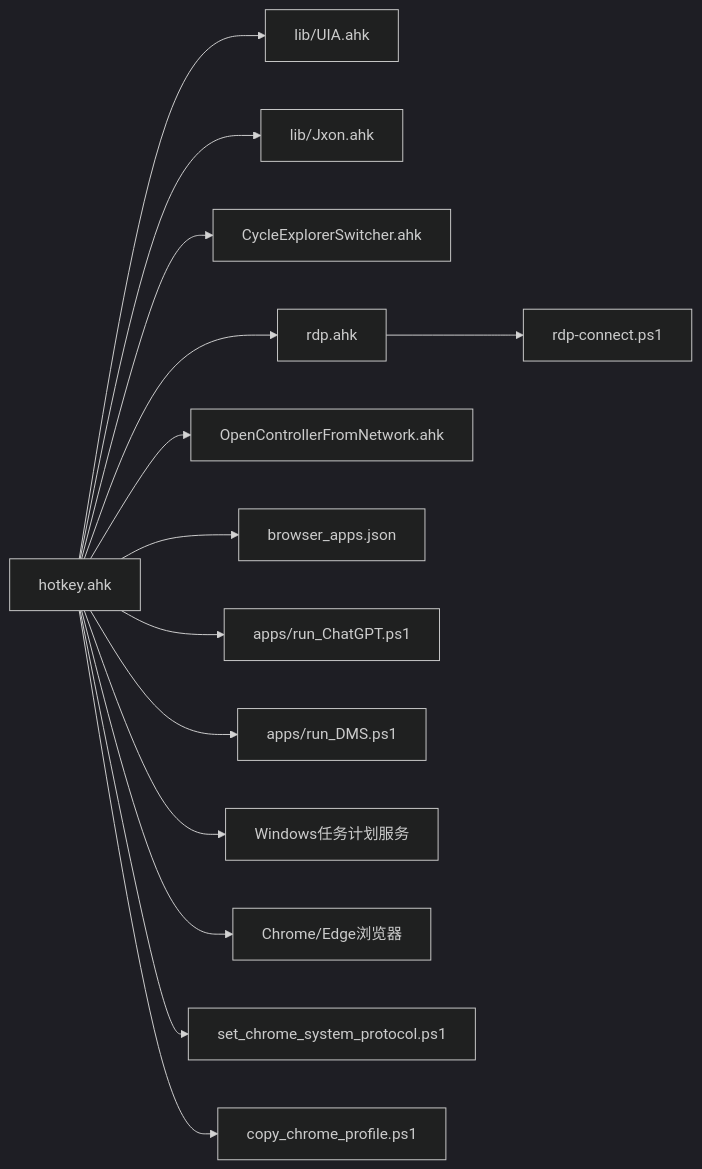
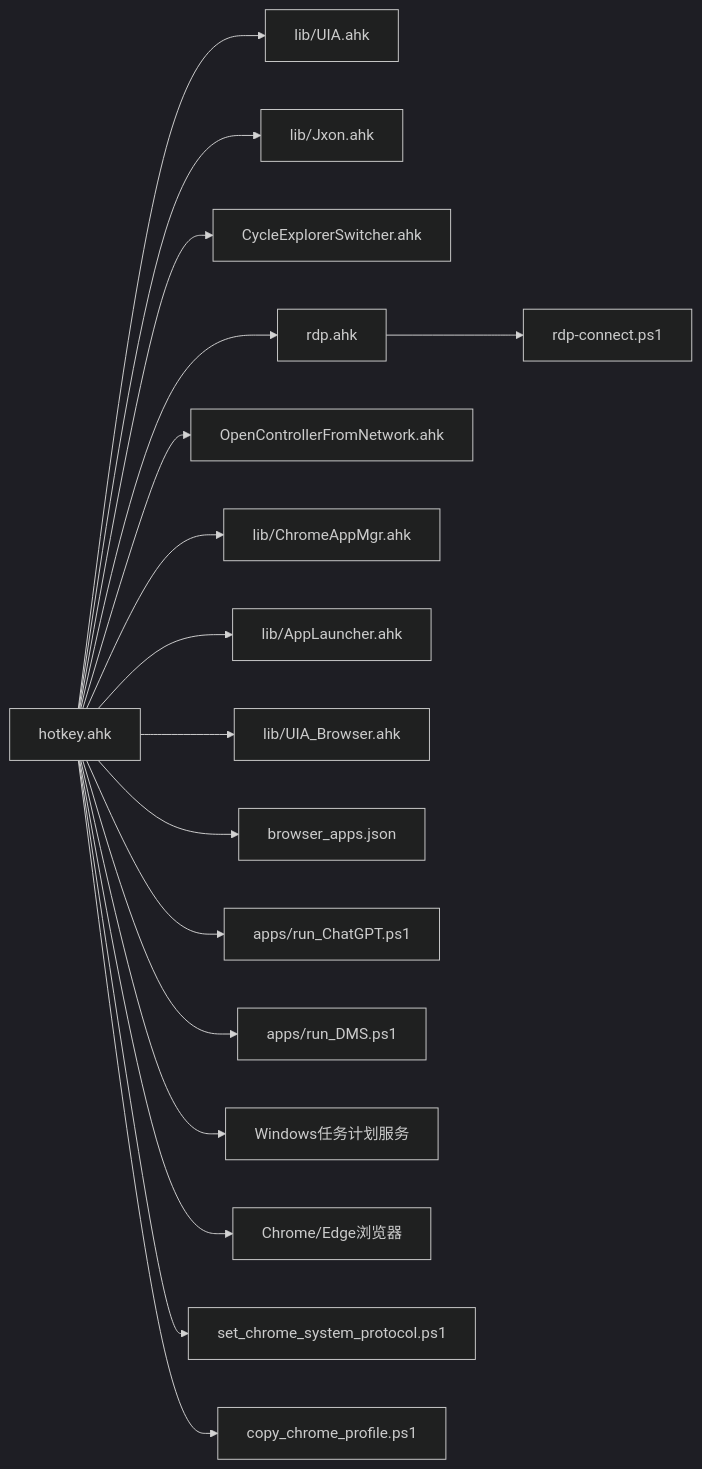
Before and after one commit to wangys-123doit/hotkey: the tenth of 10 diagrams in .qoder/repowiki/zh/content/核心功能/应用程序控制.md, drawn with Mermaid (dark theme). The commit also changed other lines of this file and 14 other files, not shown here.

````diff
--- a/.qoder/repowiki/zh/content/核心功能/应用程序控制.md
+++ b/.qoder/repowiki/zh/content/核心功能/应用程序控制.md
@@ -465,16 +517,19 @@
 ```mermaid
 graph LR
 HK["hotkey.ahk"] --> UIA["lib/UIA.ahk"]
 HK --> JX["lib/Jxon.ahk"]
 HK --> CES["CycleExplorerSwitcher.ahk"]
 HK --> RDP["rdp.ahk"]
 HK --> OCN["OpenControllerFromNetwork.ahk"]
+HK --> CAM["lib/ChromeAppMgr.ahk"]
+HK --> AL["lib/AppLauncher.ahk"]
+HK --> UIB["lib/UIA_Browser.ahk"]
 RDP --> PS["rdp-connect.ps1"]
 HK --> BJSON["browser_apps.json"]
 HK --> PCHAT["apps/run_ChatGPT.ps1"]
 HK --> PDMS["apps/run_DMS.ps1"]
 HK --> SCHTASKS["Windows任务计划服务"]
 HK --> CHROME["Chrome/Edge浏览器"]
 HK --> PROTOCOL["set_chrome_system_protocol.ps1"]
 HK --> PROFILE["copy_chrome_profile.ps1"]
 ```
````
